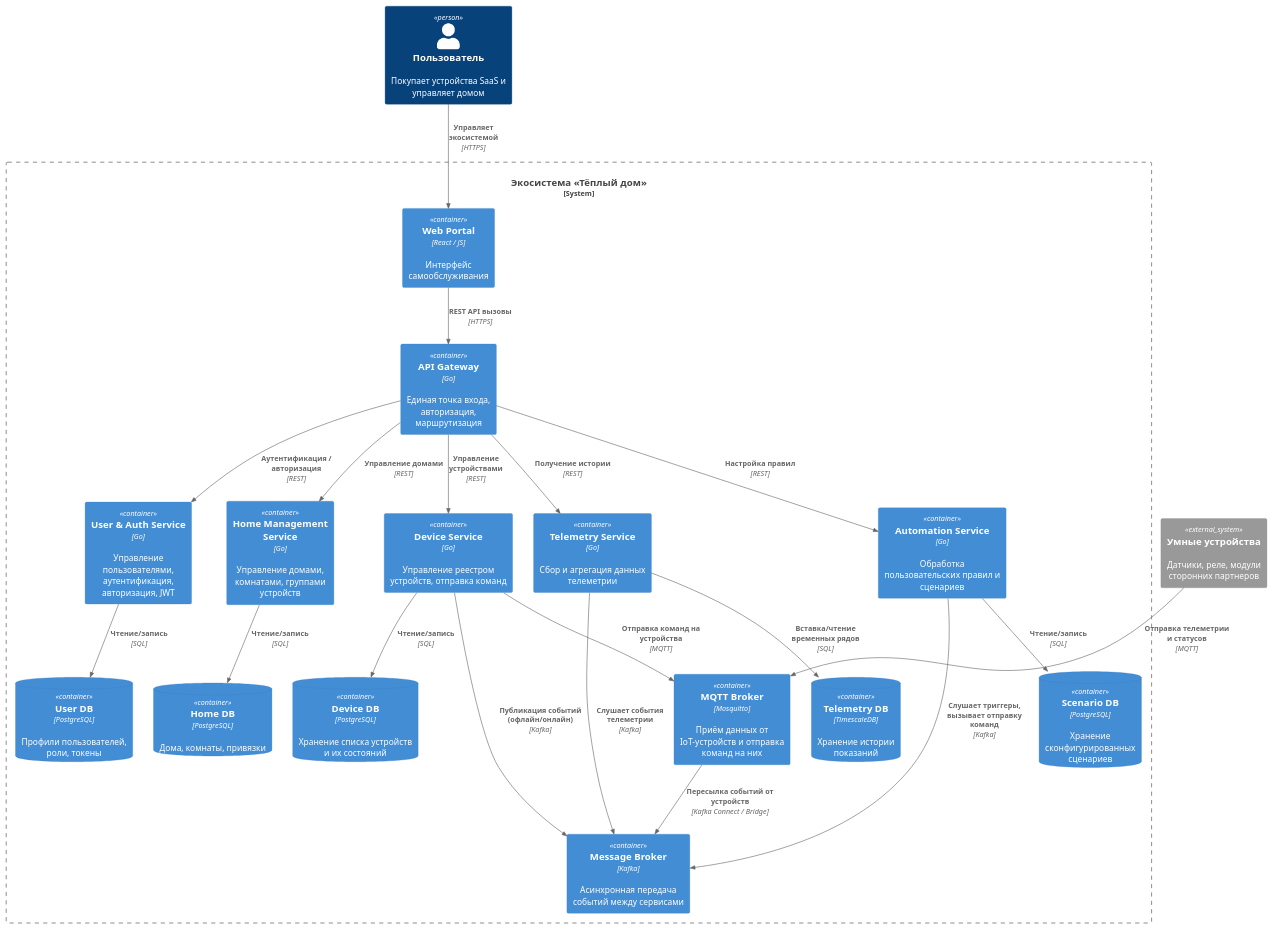
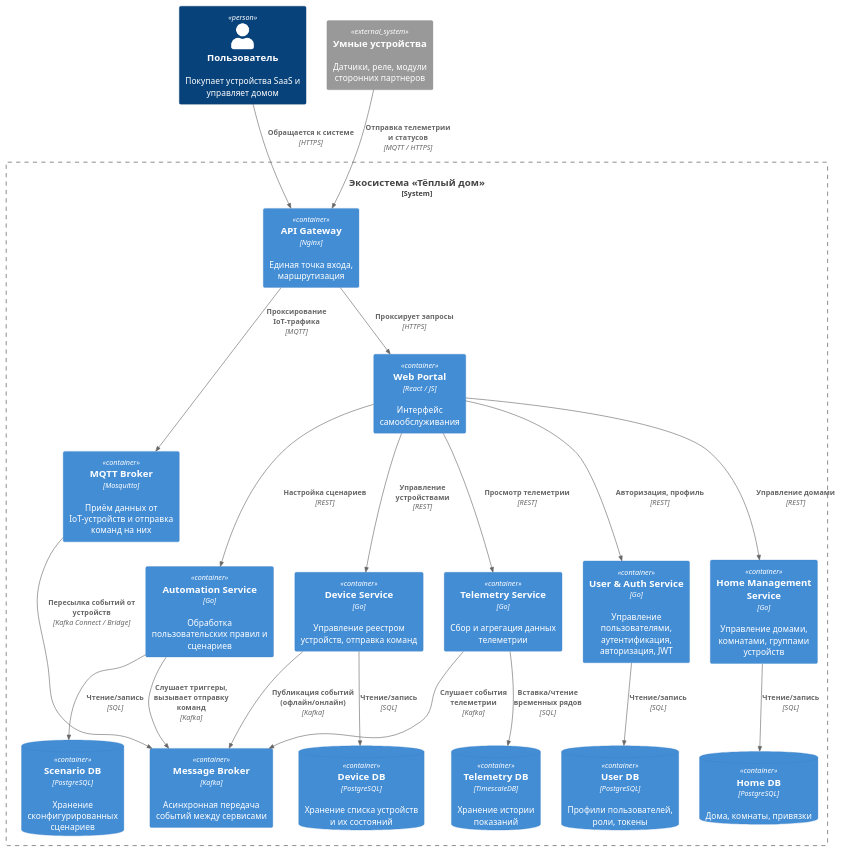
Before and after one commit to akrasnikov79/architecture-warmhouse: the diagram in docs/diagrams/03-container-tobe-warmhouse.puml, drawn with PlantUML.

```diff
--- a/docs/diagrams/03-container-tobe-warmhouse.puml
+++ b/docs/diagrams/03-container-tobe-warmhouse.puml
@@ -1,52 +1,65 @@
 @startuml
 !include https://raw.githubusercontent.com/plantuml-stdlib/C4-PlantUML/master/C4_Container.puml
 
 Person(user, "Пользователь", "Покупает устройства SaaS и управляет домом")
+System_Ext(devices, "Умные устройства", "Датчики, реле, модули сторонних партнеров")
 
 System_Boundary(ecosystem, "Экосистема «Тёплый дом»") {
+
+    ' --- Маршрутизация ---
+    Container(api_gateway, "API Gateway", "Nginx", "Единая точка входа, маршрутизация")
+
+    ' --- Клиент и IoT-брокер ---
     Container(web_app, "Web Portal", "React / JS", "Интерфейс самообслуживания")
-    Container(api_gateway, "API Gateway", "Go", "Единая точка входа, авторизация, маршрутизация")
+    Container(mqtt_broker, "MQTT Broker", "Mosquitto", "Приём данных от IoT-устройств и отправка команд на них")
 
+    ' --- Микросервисы ---
     Container(user_service, "User & Auth Service", "Go", "Управление пользователями, аутентификация, авторизация, JWT")
     ContainerDb(user_db, "User DB", "PostgreSQL", "Профили пользователей, роли, токены")
 
     Container(home_service, "Home Management Service", "Go", "Управление домами, комнатами, группами устройств")
     ContainerDb(home_db, "Home DB", "PostgreSQL", "Дома, комнаты, привязки")
 
     Container(device_service, "Device Service", "Go", "Управление реестром устройств, отправка команд")
     ContainerDb(device_db, "Device DB", "PostgreSQL", "Хранение списка устройств и их состояний")
 
     Container(telemetry_service, "Telemetry Service", "Go", "Сбор и агрегация данных телеметрии")
     ContainerDb(telemetry_db, "Telemetry DB", "TimescaleDB", "Хранение истории показаний")
 
     Container(scenario_service, "Automation Service", "Go", "Обработка пользовательских правил и сценариев")
     ContainerDb(scenario_db, "Scenario DB", "PostgreSQL", "Хранение сконфигурированных сценариев")
 
-    Container(mqtt_broker, "MQTT Broker", "Mosquitto", "Приём данных от IoT-устройств и отправка команд на них")
+    ' --- Шина событий ---
     Container(message_broker, "Message Broker", "Kafka", "Асинхронная передача событий между сервисами")
 }
 
-System_Ext(devices, "Умные устройства", "Датчики, реле, модули сторонних партнеров")
+' Пользователь / Устройства → Nginx
+Rel(user, api_gateway, "Обращается к системе", "HTTPS")
+Rel(devices, api_gateway, "Отправка телеметрии и статусов", "MQTT / HTTPS")
 
-Rel(user, web_app, "Управляет экосистемой", "HTTPS")
-Rel(web_app, api_gateway, "REST API вызовы", "HTTPS")
+' Nginx → Web Portal, MQTT Broker
+Rel(api_gateway, web_app, "Проксирует запросы", "HTTPS")
+Rel(api_gateway, mqtt_broker, "Проксирование IoT-трафика", "MQTT")
 
-Rel(api_gateway, user_service, "Аутентификация / авторизация", "REST")
-Rel(api_gateway, home_service, "Управление домами", "REST")
-Rel(api_gateway, device_service, "Управление устройствами", "REST")
-Rel(api_gateway, telemetry_service, "Получение истории", "REST")
-Rel(api_gateway, scenario_service, "Настройка правил", "REST")
+' MQTT Broker → Kafka
+Rel(mqtt_broker, message_broker, "Пересылка событий от устройств", "Kafka Connect / Bridge")
 
+' Web Portal → все микросервисы
+Rel(web_app, user_service, "Авторизация, профиль", "REST")
+Rel(web_app, home_service, "Управление домами", "REST")
+Rel(web_app, device_service, "Управление устройствами", "REST")
+Rel(web_app, telemetry_service, "Просмотр телеметрии", "REST")
+Rel(web_app, scenario_service, "Настройка сценариев", "REST")
+
+' Микросервисы → БД
 Rel(user_service, user_db, "Чтение/запись", "SQL")
 Rel(home_service, home_db, "Чтение/запись", "SQL")
 Rel(device_service, device_db, "Чтение/запись", "SQL")
 Rel(telemetry_service, telemetry_db, "Вставка/чтение временных рядов", "SQL")
 Rel(scenario_service, scenario_db, "Чтение/запись", "SQL")
 
-Rel(devices, mqtt_broker, "Отправка телеметрии и статусов", "MQTT")
-Rel(device_service, mqtt_broker, "Отправка команд на устройства", "MQTT")
-Rel(mqtt_broker, message_broker, "Пересылка событий от устройств", "Kafka Connect / Bridge")
+' Микросервисы → Kafka
 Rel(device_service, message_broker, "Публикация событий (офлайн/онлайн)", "Kafka")
 Rel(telemetry_service, message_broker, "Слушает события телеметрии", "Kafka")
 Rel(scenario_service, message_broker, "Слушает триггеры, вызывает отправку команд", "Kafka")
 @enduml
```
